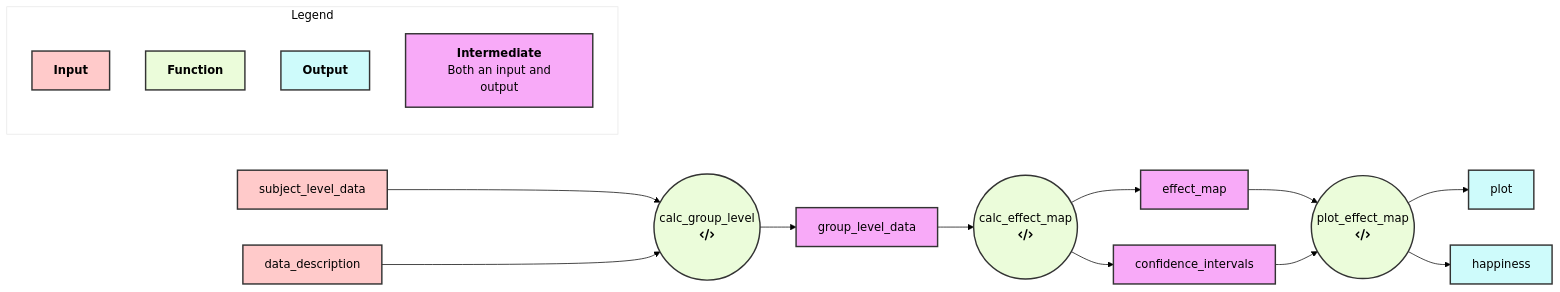
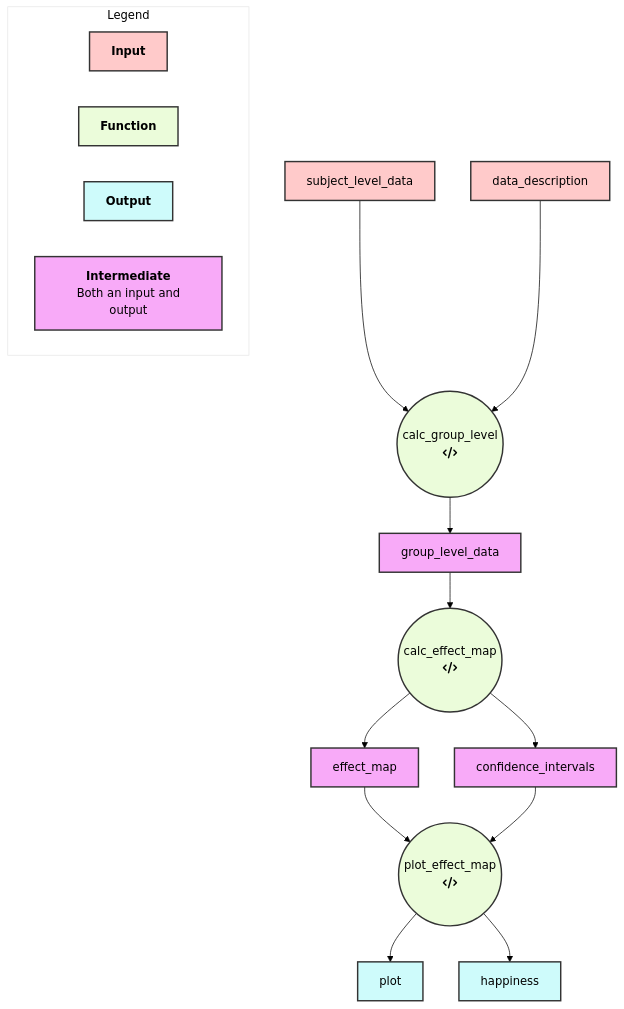
Before and after one commit to NeuroHackademy2024/vis_repo_pipeline: the diagram in README.md, drawn with Mermaid.

Commit message:
Update README.md with new Mermaid diagram

````diff
--- a/README.md
+++ b/README.md
@@ -4,54 +4,54 @@
 ```mermaid
  %%{init: {'theme':'base', 'themeVariables': {
   'primaryColor': '#ffcaca',
   'primaryTextColor': '#000',
   'primaryBorderColor': '#000000',
   'lineColor': '#000000',
   'tertiaryColor': '#fff'
 }}}%%
-graph LR
+graph TD
 classDef lightRed fill:#ffcaca,stroke:#333,stroke-width:2px;
 classDef lightGreen fill:#ebfcda,stroke:#333,stroke-width:2px;
 classDef lightBlue fill:#cefbfb,stroke:#333,stroke-width:2px;
 classDef lightPurple fill:#f8aaf8,stroke:#333,stroke-width:2px;
 
 subgraph Legend
     key1[<b>Input]:::lightRed
     key2[<b>Function]:::lightGreen
     key3[<b>Output]:::lightBlue
     key4[<b>Intermediate</b><br> Both an input and output]:::lightPurple
 end
 calc_group_level(("calc_group_level")):::lightGreen
 calc_group_level(("calc_group_level
  fa:fa-code"))
 subject_level_data:::lightRed
 subject_level_data --> calc_group_level
 data_description:::lightRed
 data_description --> calc_group_level
 group_level_data:::lightBlue
 calc_group_level --> group_level_data
 calc_effect_map(("calc_effect_map")):::lightGreen
 calc_effect_map(("calc_effect_map
  fa:fa-code"))
 group_level_data --> calc_effect_map
 effect_map:::lightBlue
 calc_effect_map --> effect_map
 confidence_intervals:::lightBlue
 calc_effect_map --> confidence_intervals
 plot_effect_map(("plot_effect_map")):::lightGreen
 plot_effect_map(("plot_effect_map
  fa:fa-code"))
 effect_map --> plot_effect_map
 confidence_intervals --> plot_effect_map
 plot:::lightBlue
 plot_effect_map --> plot
 happiness:::lightBlue
 plot_effect_map --> happiness
 subject_level_data:::lightRed
 data_description:::lightRed
 group_level_data:::lightPurple
 effect_map:::lightPurple
 confidence_intervals:::lightPurple
 plot:::lightBlue
 happiness:::lightBlue
 ```
````
